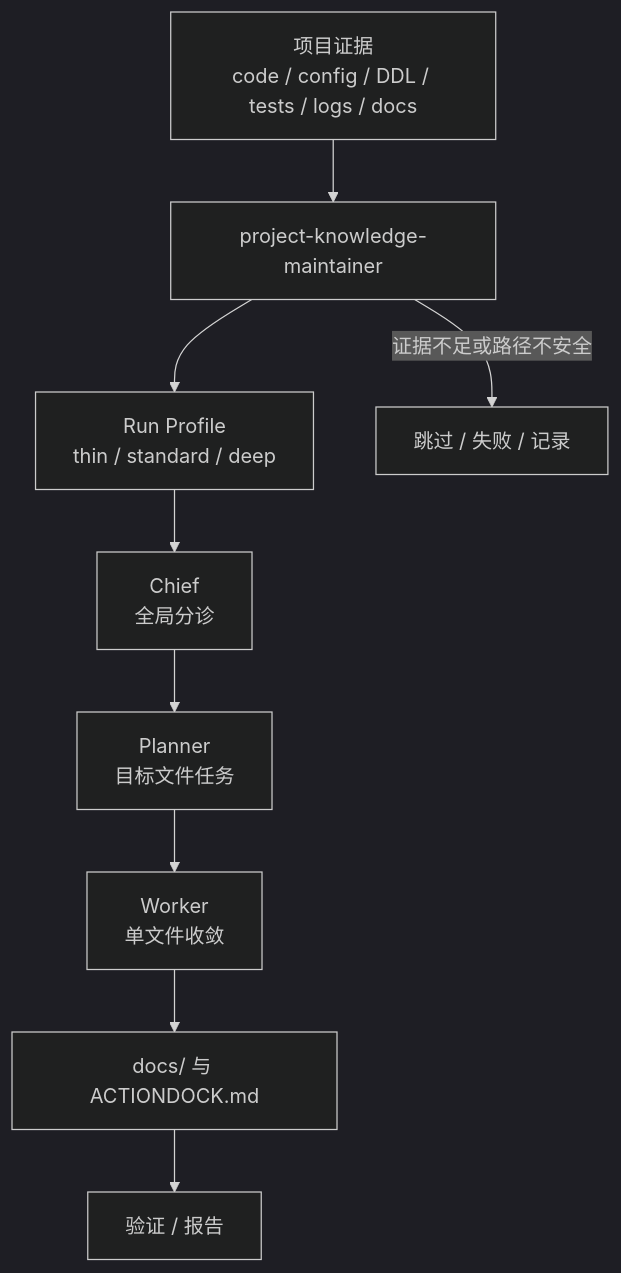
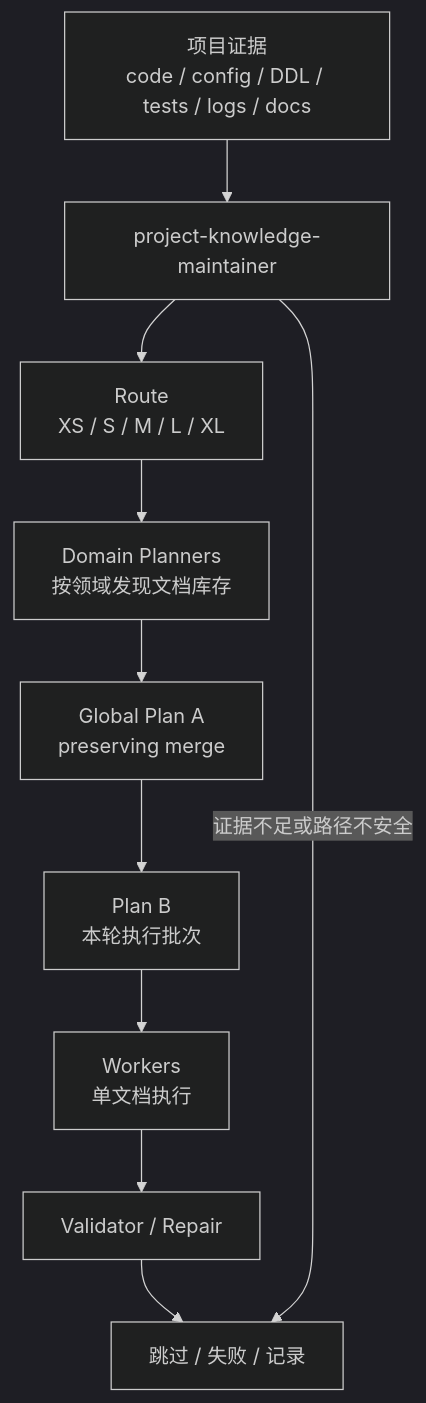
Before and after one commit to team4u/actiondock: the diagram in docs/project-knowledge.md, drawn with Mermaid (dark theme). The commit also changed other lines of this file, not shown here.

````diff
--- a/docs/project-knowledge.md
+++ b/docs/project-knowledge.md
@@ -57,11 +59,12 @@
 ```mermaid
 flowchart TD
   A[项目证据<br/>code / config / DDL / tests / logs / docs] --> B[project-knowledge-maintainer]
-  B --> C[Run Profile<br/>thin / standard / deep]
-  C --> D[Chief<br/>全局分诊]
-  D --> E[Planner<br/>目标文件任务]
-  E --> F[Worker<br/>单文件收敛]
-  F --> G[docs/ 与 ACTIONDOCK.md]
-  G --> H[验证 / 报告]
+  B --> C[Route<br/>XS / S / M / L / XL]
+  C --> D[Domain Planners<br/>按领域发现文档库存]
+  D --> E[Global Plan A<br/>preserving merge]
+  E --> F[Plan B<br/>本轮执行批次]
+  F --> G[Workers<br/>单文档执行]
+  G --> H[Validator / Repair]
+  H --> I[docs/ 与 ACTIONDOCK.md]
   B -->|证据不足或路径不安全| I[跳过 / 失败 / 记录]
 ```
````
